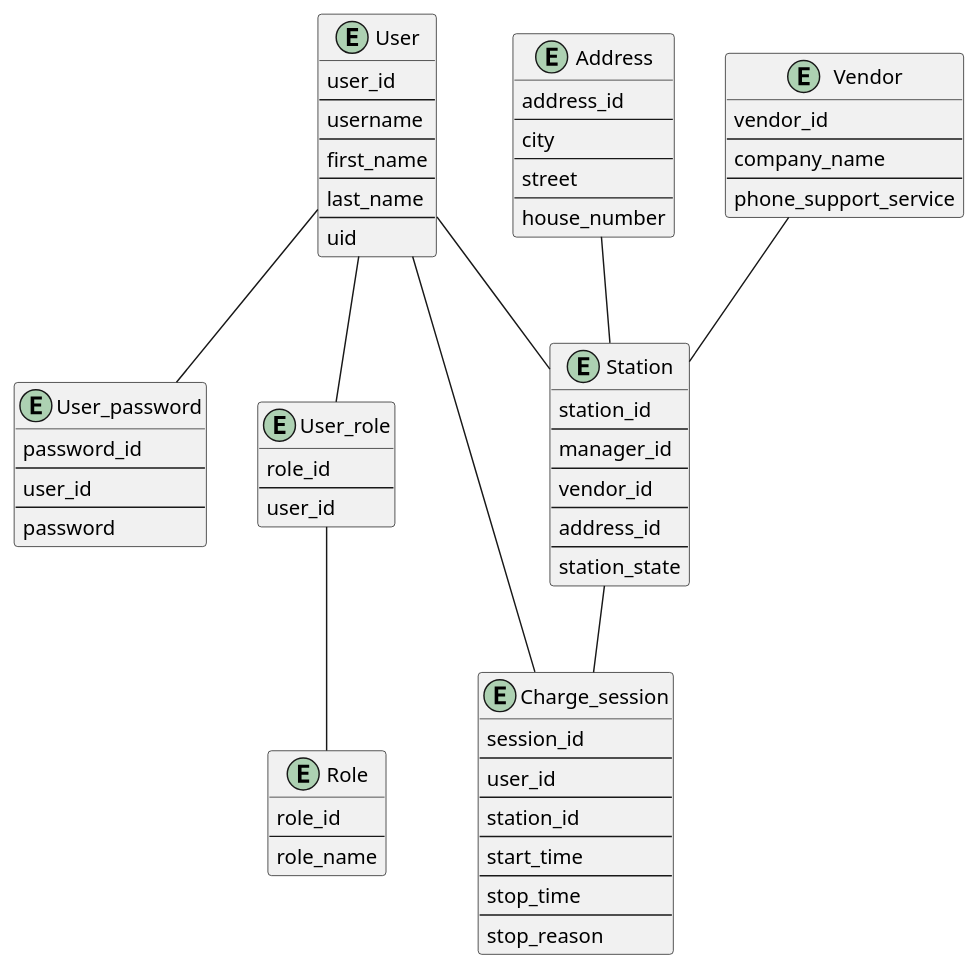
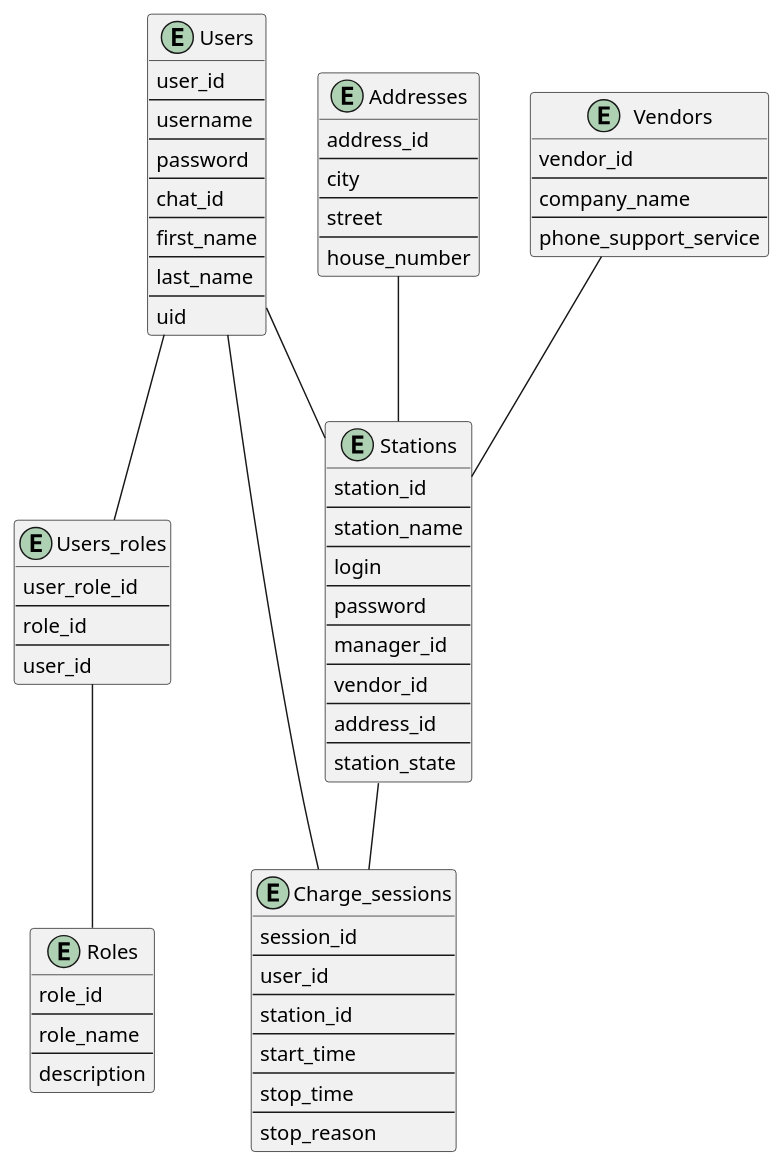
One commit to NikushinIvan/ChargingNetwork changed the diagram in diagrams/DataBase.puml. Above: the diagram before and after it, drawn with PlantUML. The commit also changed 1 other file, not shown here.

Commit message:
Добавлена актуальная диаграмма базы данных

```diff
--- a/diagrams/DataBase.puml
+++ b/diagrams/DataBase.puml
@@ -1,89 +1,94 @@
 @startuml
 'https://plantuml.com/sequence-diagram
 
-entity User {
+entity Users {
     user_id
     --
     username
+    --
+    password
+    --
+    chat_id
     --
     first_name
     --
     last_name
     --
     uid
 }
 
-entity User_password {
-    password_id
+entity Users_roles {
+    user_role_id
     --
-    user_id
-    --
-    password
-}
-
-entity User_role {
     role_id
     --
     user_id
 }
 
-entity Role {
+entity Roles {
     role_id
     --
     role_name
+    --
+    description
 }
 
-entity Address {
+entity Addresses {
     address_id
     --
     city
     --
     street
     --
     house_number
 }
 
-entity Vendor {
+entity Vendors {
     vendor_id
     --
     company_name
     --
     phone_support_service
 }
 
-entity Station {
+entity Stations {
    station_id
+   --
+   station_name
+   --
+   login
+   --
+   password
    --
    manager_id
    --
    vendor_id
    --
    address_id
    --
    station_state
 }
 
-entity Charge_session {
+entity Charge_sessions {
     session_id
     --
     user_id
     --
     station_id
     --
     start_time
     --
     stop_time
     --
     stop_reason
 }
 
-User -- Station
-User -- User_password
-User -- User_role
-User_role -- Role
-User -- Charge_session
-Address -- Station
-Vendor -- Station
-Station -- Charge_session
+Users -- Stations
+Users -- Users_roles
+Users_roles -- Roles
+Users -- Charge_sessions
+Addresses -- Stations
+Vendors -- Stations
+Stations -- Charge_sessions
 
 @enduml
```
